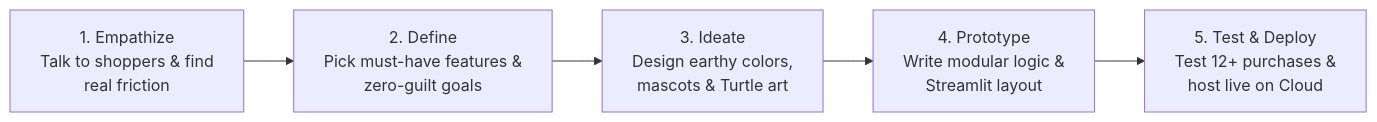
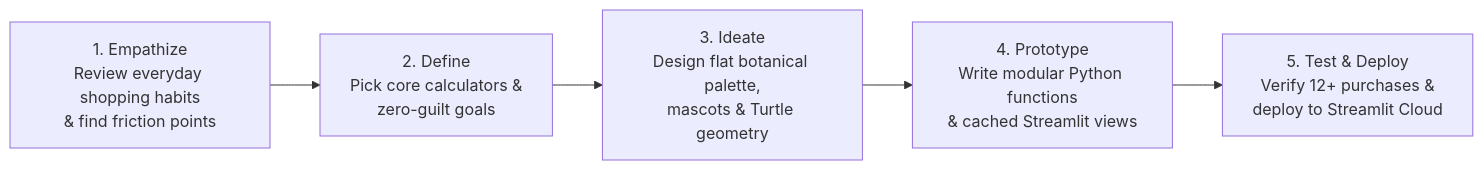
Before and after one commit to parthibcpana/IDAI102-1000544-PARTH-PARVINBHAI-GAJERA-SA: the second of 8 diagrams in README.md, drawn with Mermaid. The commit also changed other lines of this file and 5 other files, not shown here.

````diff
--- a/README.md
+++ b/README.md
@@ -68,7 +70,7 @@
 ```mermaid
 flowchart LR
-    E["1. Empathize<br>Talk to shoppers & find<br>real friction"] --> D["2. Define<br>Pick must-have features &<br>zero-guilt goals"]
-    D --> I["3. Ideate<br>Design earthy colors,<br>mascots & Turtle art"]
-    I --> P["4. Prototype<br>Write modular logic &<br>Streamlit layout"]
-    P --> T["5. Test & Deploy<br>Test 12+ purchases &<br>host live on Cloud"]
+    E["1. Empathize<br>Review everyday shopping habits<br>& find friction points"] --> D["2. Define<br>Pick core calculators &<br>zero-guilt goals"]
+    D --> I["3. Ideate<br>Design flat botanical palette,<br>mascots & Turtle geometry"]
+    I --> P["4. Prototype<br>Write modular Python functions<br>& cached Streamlit views"]
+    P --> T["5. Test & Deploy<br>Verify 12+ purchases &<br>deploy to Streamlit Cloud"]
 ```
````
